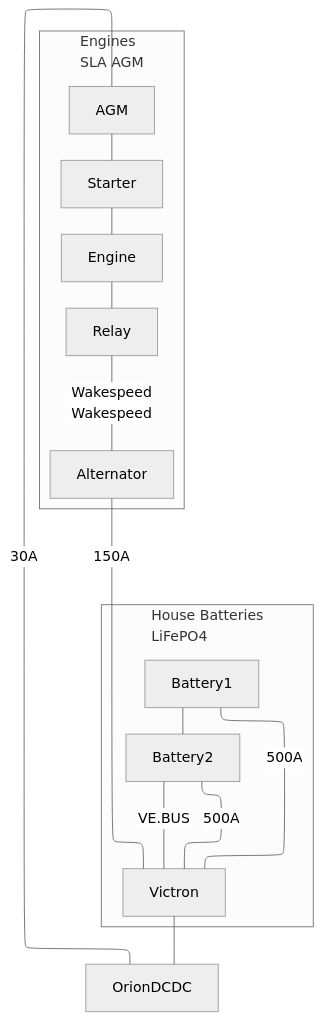
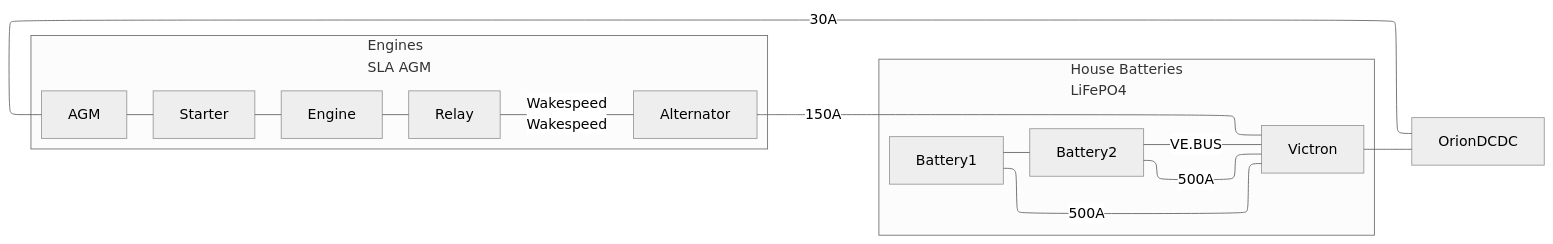
The diagram in owners_manual/Batteries.md (dcoon/svharmony), drawn with Mermaid (neutral theme) before and after one commit.

````diff
--- a/owners_manual/Batteries.md
+++ b/owners_manual/Batteries.md
@@ -3,21 +3,22 @@
 ```mermaid
-flowchart-elk
+flowchart-elk LR
   
 Victron --- OrionDCDC
 OrionDCDC ---|30A| AGM
   
 subgraph house["House Batteries
 LiFePO4"]
 Battery1 ---|500A| Victron
   Battery2 ---|500A| Victron
   Battery1 --- Battery2
 end
 Battery2 ---|VE.BUS| Victron
 
 subgraph engine["Engines
 SLA AGM"]
 AGM --- Starter --- Engine
   Engine --- Relay -- Wakespeed
   Wakespeed --- Alternator ---|150A| Victron
 end
+
 ```
````
